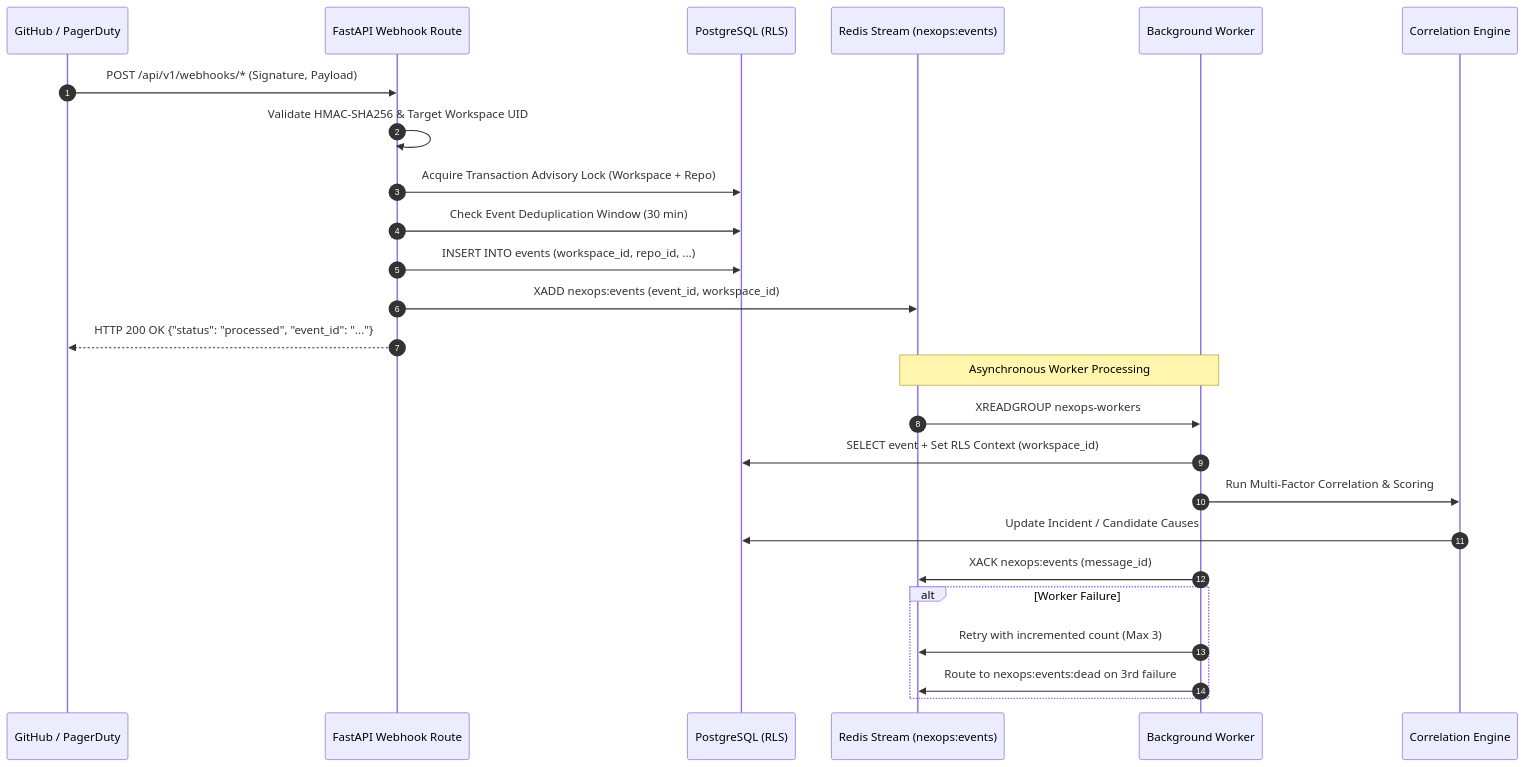
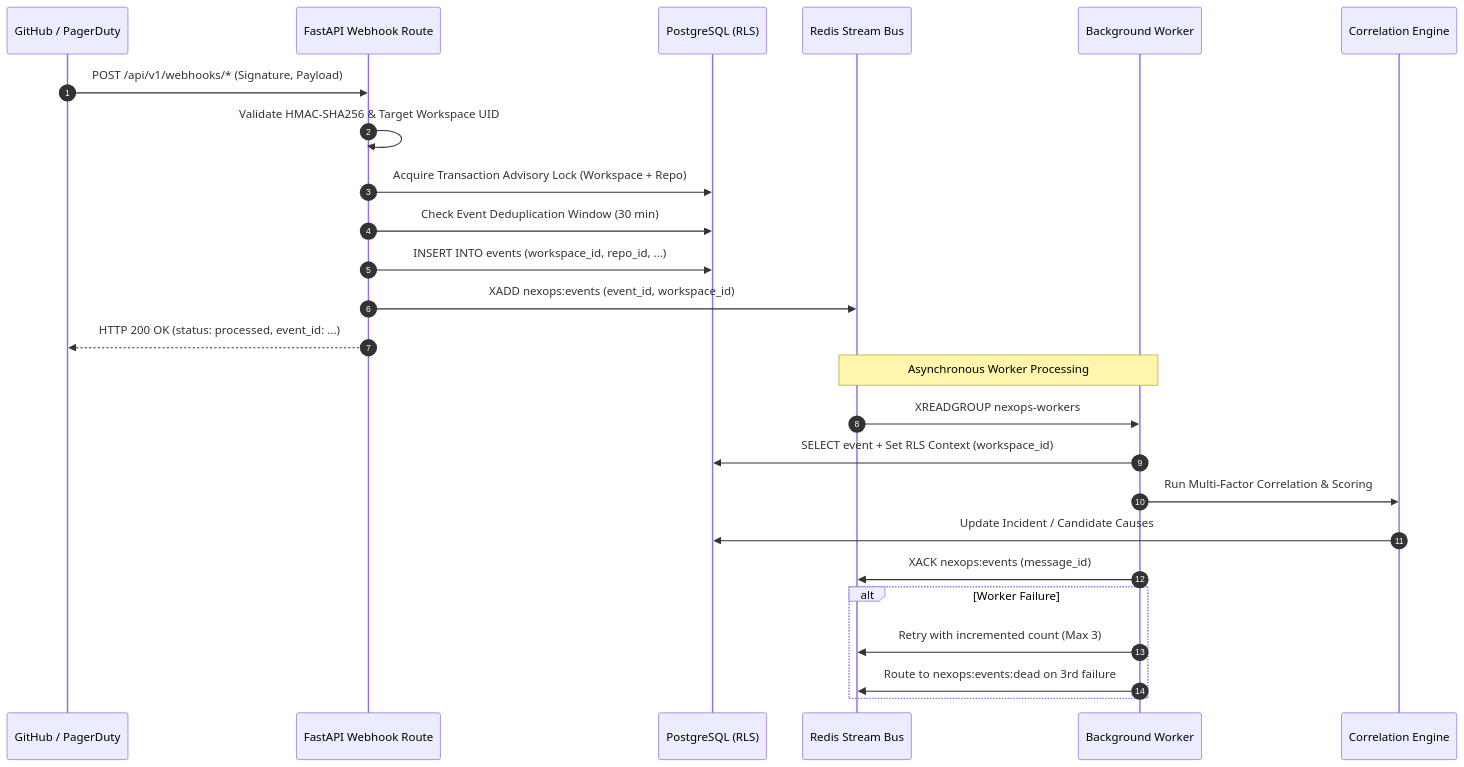
The second of 2 diagrams in README.md (Akaash-S/NexOpsBackend), drawn with Mermaid before and after one commit. The commit also changed other lines of this file, not shown here.

Commit message:
fix(docs): quote mermaid node labels and sanitize sequence diagram tokens to fix rendering (#12)

````diff
--- a/README.md
+++ b/README.md
@@ -70,29 +70,29 @@
 ```mermaid
 sequenceDiagram
     autonumber
     participant VCS as GitHub / PagerDuty
     participant API as FastAPI Webhook Route
     participant DB as PostgreSQL (RLS)
-    participant Redis as Redis Stream (nexops:events)
+    participant Redis as Redis Stream Bus
     participant WKR as Background Worker
     participant CORR as Correlation Engine
 
     VCS->>API: POST /api/v1/webhooks/* (Signature, Payload)
     API->>API: Validate HMAC-SHA256 & Target Workspace UID
     API->>DB: Acquire Transaction Advisory Lock (Workspace + Repo)
     API->>DB: Check Event Deduplication Window (30 min)
     API->>DB: INSERT INTO events (workspace_id, repo_id, ...)
     API->>Redis: XADD nexops:events (event_id, workspace_id)
-    API-->>VCS: HTTP 200 OK {"status": "processed", "event_id": "..."}
+    API-->>VCS: HTTP 200 OK (status: processed, event_id: ...)
     
     Note over Redis,WKR: Asynchronous Worker Processing
     Redis->>WKR: XREADGROUP nexops-workers
     WKR->>DB: SELECT event + Set RLS Context (workspace_id)
     WKR->>CORR: Run Multi-Factor Correlation & Scoring
     CORR->>DB: Update Incident / Candidate Causes
     WKR->>Redis: XACK nexops:events (message_id)
     alt Worker Failure
         WKR->>Redis: Retry with incremented count (Max 3)
         WKR->>Redis: Route to nexops:events:dead on 3rd failure
     end
 ```
````
